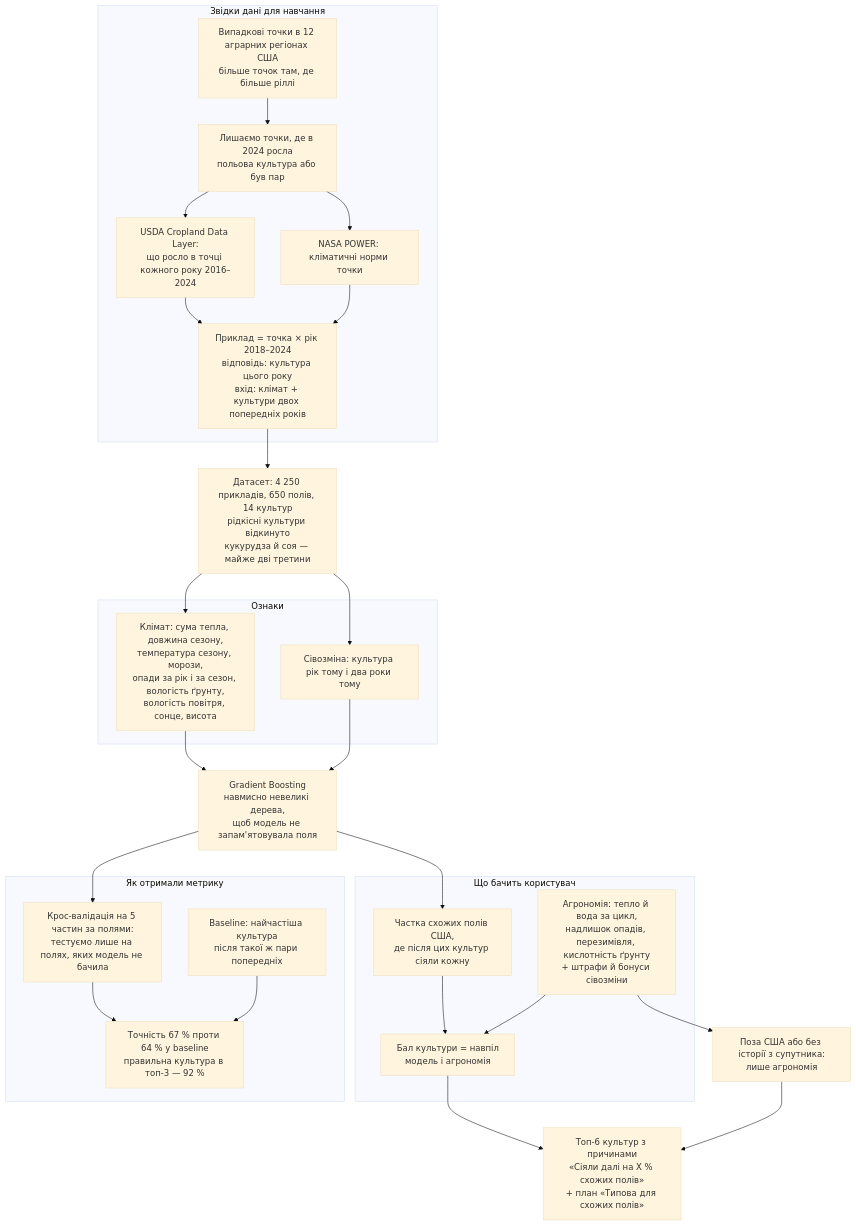
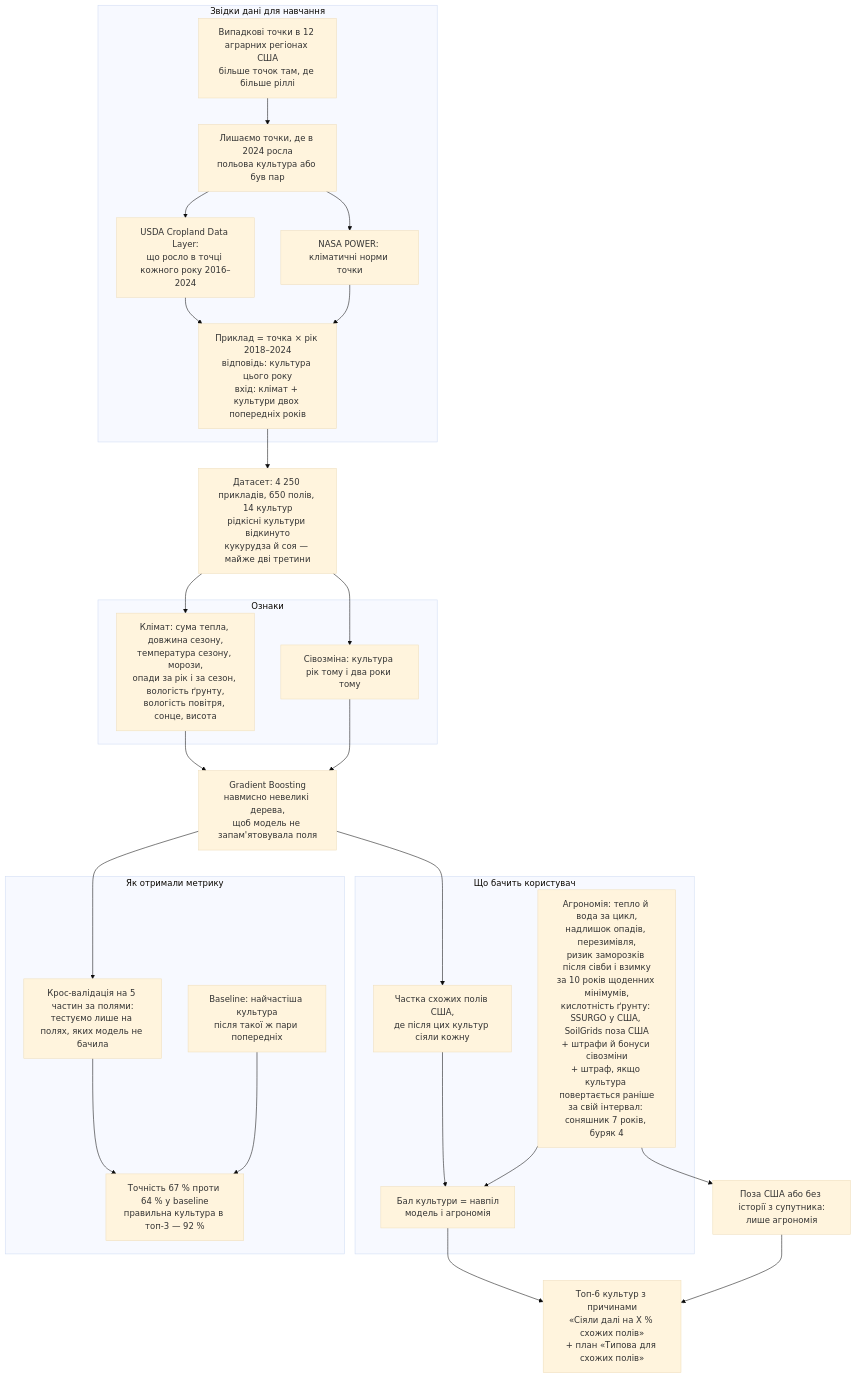
The diagram in docs/diagrams/uk/3-ml-rotation.mmd (hishpania/NASASA), drawn with Mermaid (base theme) before and after one commit. The commit also changed 19 other files, not shown here.

Commit message:
Add SoilGrids pH, frost risk from daily minimums and a 7-year sunflower interval to crop advice

```diff
--- a/docs/diagrams/uk/3-ml-rotation.mmd
+++ b/docs/diagrams/uk/3-ml-rotation.mmd
@@ -1,44 +1,44 @@
 flowchart TB
   subgraph COLLECT["Звідки дані для навчання"]
     SAMPLE["Випадкові точки в 12 аграрних регіонах США<br/>більше точок там, де більше ріллі"]
     KEEP["Лишаємо точки, де в 2024 росла<br/>польова культура або був пар"]
     HIST["USDA Cropland Data Layer:<br/>що росло в точці кожного року 2016–2024"]
     NORMS["NASA POWER: кліматичні норми точки"]
     ROWS["Приклад = точка × рік 2018–2024<br/>відповідь: культура цього року<br/>вхід: клімат + культури двох попередніх років"]
   end
   SAMPLE --> KEEP --> HIST --> ROWS
   KEEP --> NORMS --> ROWS
 
   DS["Датасет: 4 250 прикладів, 650 полів, 14 культур<br/>рідкісні культури відкинуто<br/>кукурудза й соя — майже дві третини"]
   ROWS --> DS
 
   subgraph FEAT["Ознаки"]
     CF["Клімат: сума тепла, довжина сезону,<br/>температура сезону, морози,<br/>опади за рік і за сезон, вологість ґрунту,<br/>вологість повітря, сонце, висота"]
     HF["Сівозміна: культура рік тому і два роки тому"]
   end
   DS --> CF & HF
 
   MODEL["Gradient Boosting<br/>навмисно невеликі дерева,<br/>щоб модель не запам'ятовувала поля"]
   CF & HF --> MODEL
 
   subgraph VAL["Як отримали метрику"]
     GKF["Крос-валідація на 5 частин за полями:<br/>тестуємо лише на полях, яких модель не бачила"]
     BASE["Baseline: найчастіша культура<br/>після такої ж пари попередніх"]
     MET["Точність 67 % проти 64 % у baseline<br/>правильна культура в топ-3 — 92 %"]
   end
   MODEL --> GKF --> MET
   BASE --> MET
 
   subgraph INFER["Що бачить користувач"]
     PROBA["Частка схожих полів США,<br/>де після цих культур сіяли кожну"]
-    RULES["Агрономія: тепло й вода за цикл,<br/>надлишок опадів, перезимівля, кислотність ґрунту<br/>+ штрафи й бонуси сівозміни"]
+    RULES["Агрономія: тепло й вода за цикл,<br/>надлишок опадів, перезимівля,<br/>ризик заморозків після сівби і взимку<br/>за 10 років щоденних мінімумів,<br/>кислотність ґрунту: SSURGO у США, SoilGrids поза США<br/>+ штрафи й бонуси сівозміни<br/>+ штраф, якщо культура повертається раніше<br/>за свій інтервал: соняшник 7 років, буряк 4"]
     BLEND["Бал культури = навпіл<br/>модель і агрономія"]
   end
   MODEL --> PROBA --> BLEND
   RULES --> BLEND
 
   OUTSIDE["Поза США або без історії з супутника:<br/>лише агрономія"]
   RULES --> OUTSIDE
 
   BLEND --> OUT["Топ-6 культур з причинами<br/>«Сіяли далі на X % схожих полів»<br/>+ план «Типова для схожих полів»"]
   OUTSIDE --> OUT
```
